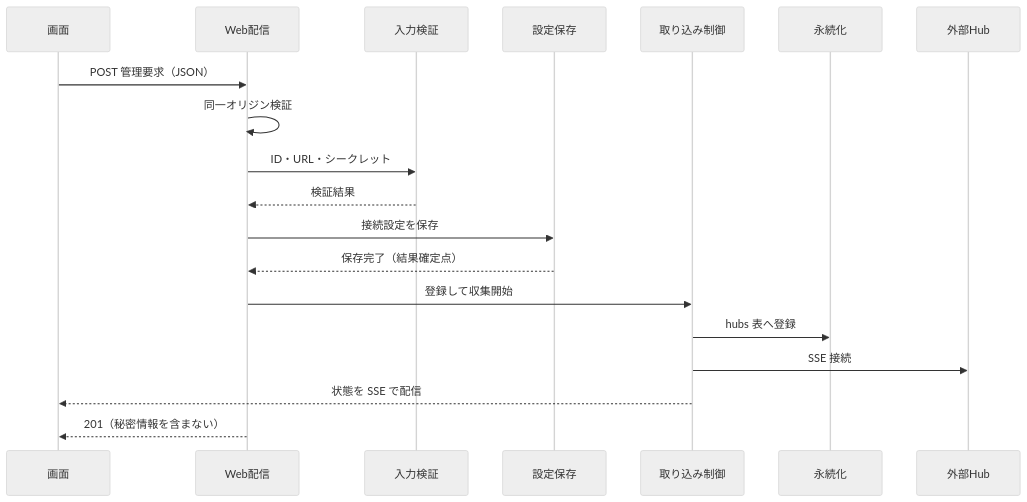
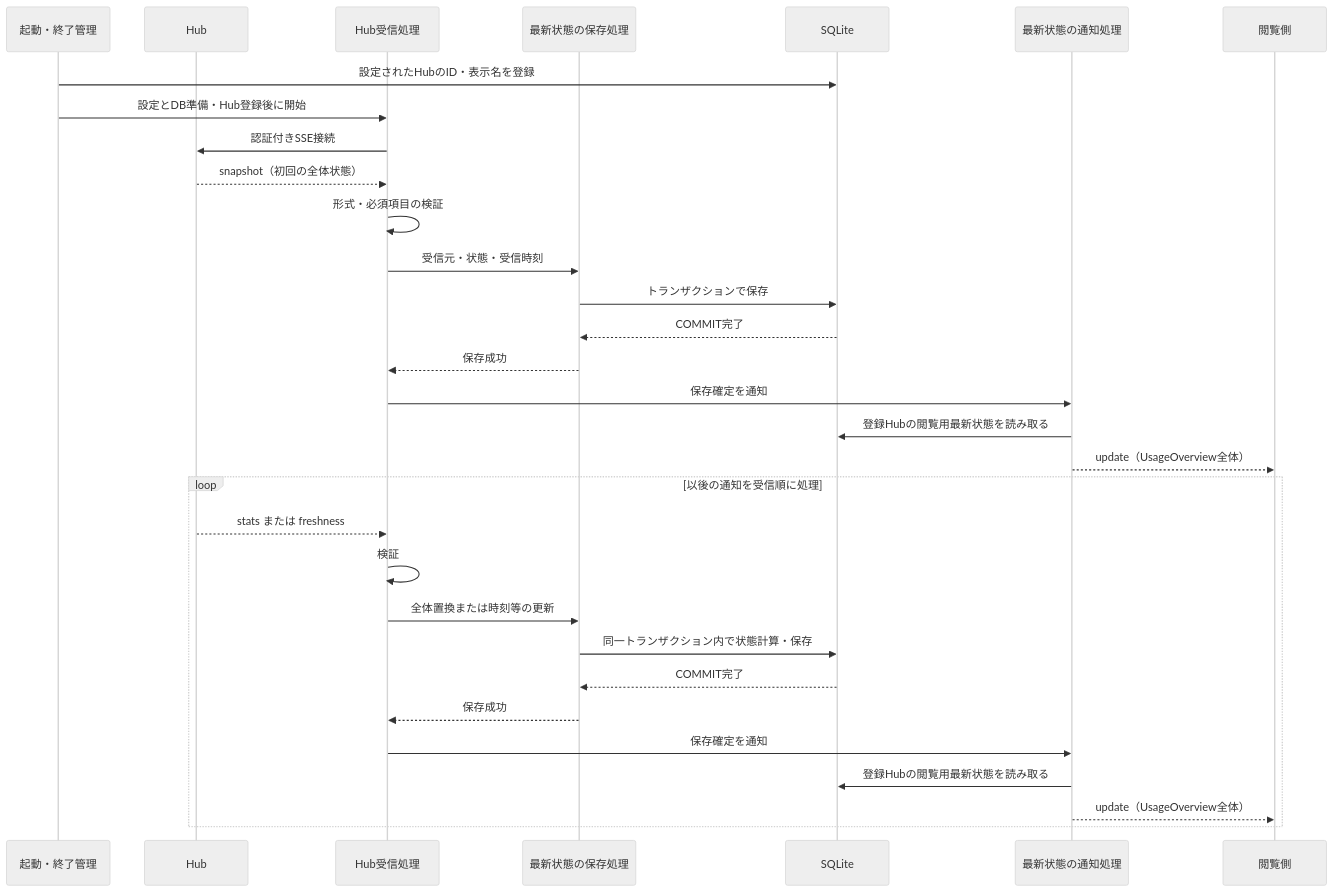
Before and after one commit to nuitsjp/token-monitor-analytics: the third of 5 diagrams in docs/architecture.md, drawn with Mermaid (neutral theme). The commit also changed other lines of this file and 128 other files, not shown here.

First line of the commit message:
Add live usage state notifications across the React app and hub backend (#37)

````diff
--- a/docs/architecture.md
+++ b/docs/architecture.md
@@ -220,21 +56,33 @@
 ```mermaid
 sequenceDiagram
-  participant 画面
-  participant Web配信
-  participant 入力検証
-  participant 設定保存
-  participant 取り込み制御
-  participant 永続化
-  participant 外部Hub
-  画面->>Web配信: POST 管理要求（JSON）
-  Web配信->>Web配信: 同一オリジン検証
-  Web配信->>入力検証: ID・URL・シークレット
-  入力検証-->>Web配信: 検証結果
-  Web配信->>設定保存: 接続設定を保存
-  設定保存-->>Web配信: 保存完了（結果確定点）
-  Web配信->>取り込み制御: 登録して収集開始
-  取り込み制御->>永続化: hubs 表へ登録
-  取り込み制御->>外部Hub: SSE 接続
-  取り込み制御-->>画面: 状態を SSE で配信
-  Web配信-->>画面: 201（秘密情報を含まない）
+  participant L as 起動・終了管理
+  participant H as Hub
+  participant R as Hub受信処理
+  participant S as 最新状態の保存処理
+  participant D as SQLite
+  participant N as 最新状態の通知処理
+  participant V as 閲覧側
+  L->>D: 設定されたHubのID・表示名を登録
+  L->>R: 設定とDB準備・Hub登録後に開始
+  R->>H: 認証付きSSE接続
+  H-->>R: snapshot（初回の全体状態）
+  R->>R: 形式・必須項目の検証
+  R->>S: 受信元・状態・受信時刻
+  S->>D: トランザクションで保存
+  D-->>S: COMMIT完了
+  S-->>R: 保存成功
+  R->>N: 保存確定を通知
+  N->>D: 登録Hubの閲覧用最新状態を読み取る
+  N-->>V: update（UsageOverview全体）
+  loop 以後の通知を受信順に処理
+    H-->>R: stats または freshness
+    R->>R: 検証
+    R->>S: 全体置換または時刻等の更新
+    S->>D: 同一トランザクション内で状態計算・保存
+    D-->>S: COMMIT完了
+    S-->>R: 保存成功
+    R->>N: 保存確定を通知
+    N->>D: 登録Hubの閲覧用最新状態を読み取る
+    N-->>V: update（UsageOverview全体）
+  end
 ```
````
